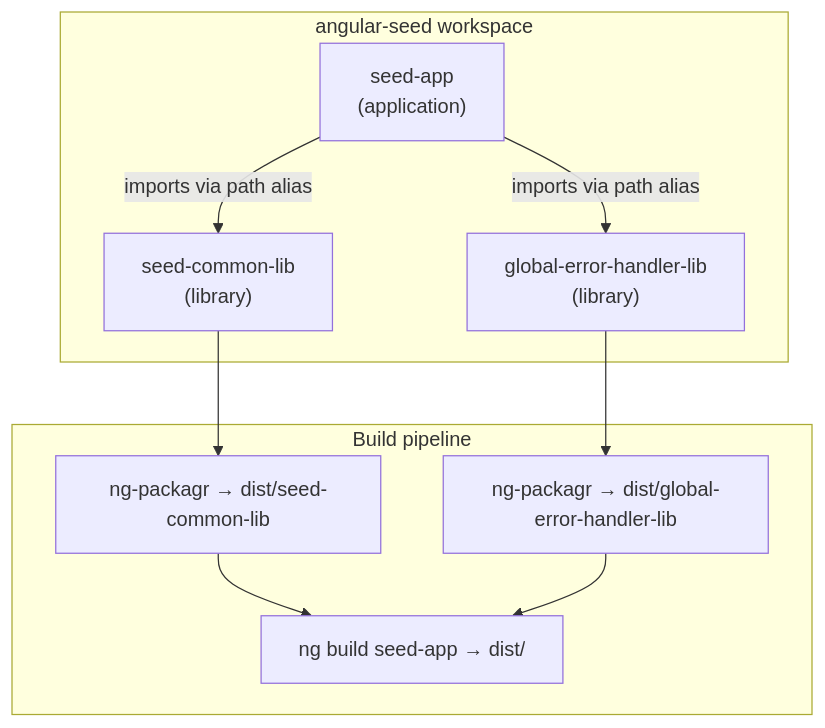
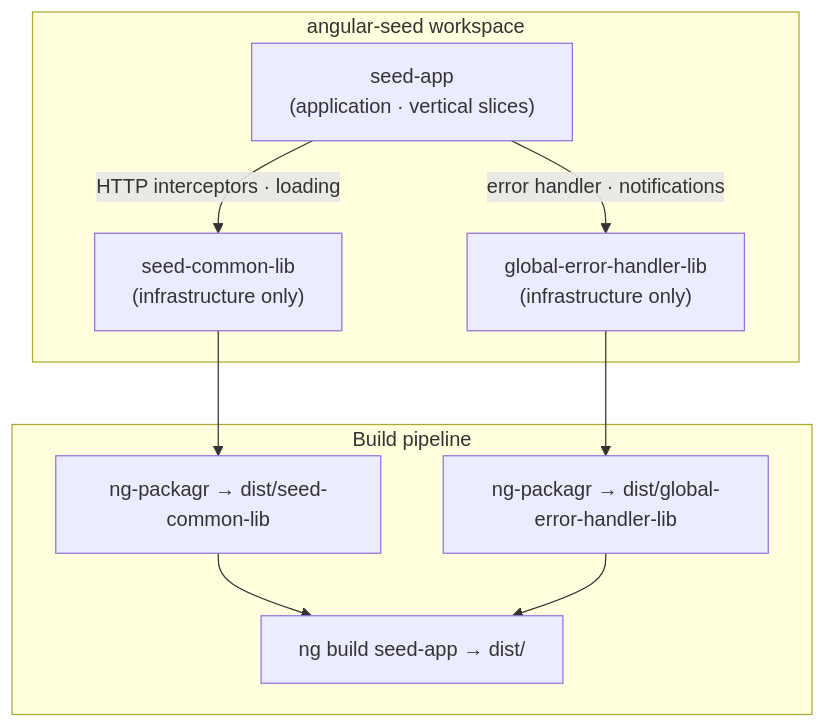
One commit to lkovari/angular-seed changed the first of 9 diagrams in README.md. Above: the diagram before and after it, drawn with Mermaid. The commit also changed other lines of this file and 111 other files, not shown here.

Commit message:
Upgrade to v22 turn architecture to vertical sliced

````diff
--- a/README.md
+++ b/README.md
@@ -31,22 +48,22 @@
 ```mermaid
 graph TB
   subgraph workspace["angular-seed workspace"]
-    app["seed-app<br/>(application)"]
-    common["seed-common-lib<br/>(library)"]
-    errors["global-error-handler-lib<br/>(library)"]
+    app["seed-app<br/>(application · vertical slices)"]
+    common["seed-common-lib<br/>(infrastructure only)"]
+    errors["global-error-handler-lib<br/>(infrastructure only)"]
   end
 
-  app -->|"imports via path alias"| common
-  app -->|"imports via path alias"| errors
+  app -->|"HTTP interceptors · loading"| common
+  app -->|"error handler · notifications"| errors
 
   subgraph build["Build pipeline"]
     commonBuild["ng-packagr → dist/seed-common-lib"]
     errorsBuild["ng-packagr → dist/global-error-handler-lib"]
     appBuild["ng build seed-app → dist/"]
   end
 
   common --> commonBuild
   errors --> errorsBuild
   commonBuild --> appBuild
   errorsBuild --> appBuild
 ```
````
